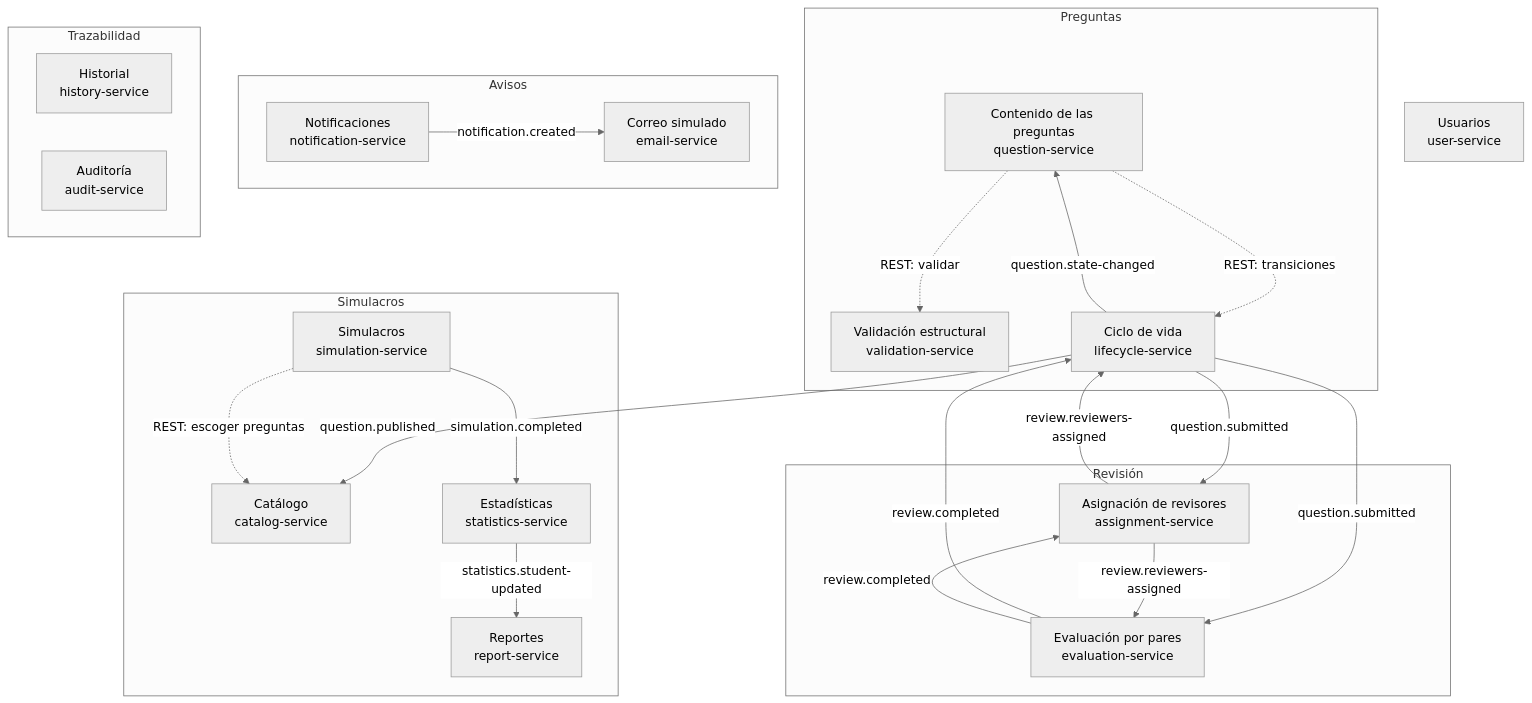
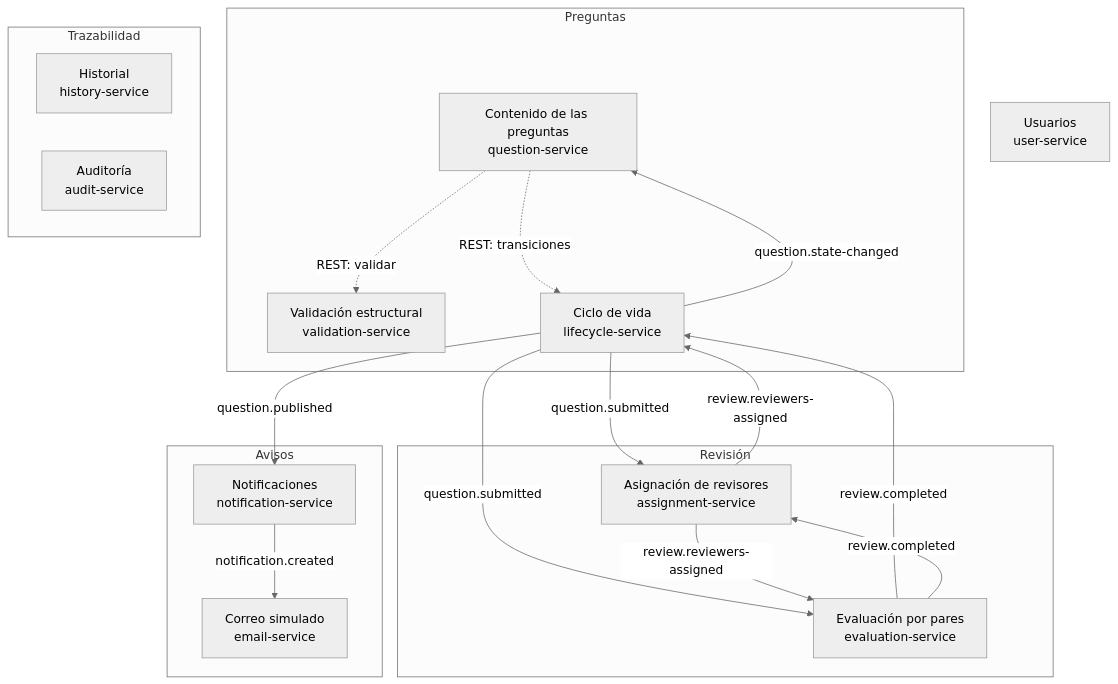
The first of 2 diagrams in docs/corte-2/02-contextos-y-eventos.md (DVLASZ/banco-preguntas-saberpro), drawn with Mermaid (neutral theme) before and after one commit. The commit also changed other lines of this file and 66 other files, not shown here.

````diff
--- a/docs/corte-2/02-contextos-y-eventos.md
+++ b/docs/corte-2/02-contextos-y-eventos.md
@@ -15,38 +9,29 @@
 ```mermaid
 flowchart TB
   subgraph Preguntas
     QS["Contenido de las preguntas<br/>question-service"]
     VS["Validación estructural<br/>validation-service"]
     LS["Ciclo de vida<br/>lifecycle-service"]
   end
   subgraph Revisión
     AS["Asignación de revisores<br/>assignment-service"]
     ES["Evaluación por pares<br/>evaluation-service"]
   end
   subgraph Avisos
     NS["Notificaciones<br/>notification-service"]
     EM["Correo simulado<br/>email-service"]
   end
   subgraph Trazabilidad
     HS["Historial<br/>history-service"]
     AU["Auditoría<br/>audit-service"]
   end
-  subgraph Simulacros
-    CS["Catálogo<br/>catalog-service"]
-    SIM["Simulacros<br/>simulation-service"]
-    ST["Estadísticas<br/>statistics-service"]
-    RP["Reportes<br/>report-service"]
-  end
   US["Usuarios<br/>user-service"]
   QS -. "REST: validar" .-> VS
   QS -. "REST: transiciones" .-> LS
   LS -- "question.submitted" --> AS & ES
   AS -- "review.reviewers-assigned" --> ES & LS
   ES -- "review.completed" --> LS & AS
   LS -- "question.state-changed" --> QS
-  LS -- "question.published" --> CS
-  SIM -. "REST: escoger preguntas" .-> CS
-  SIM -- "simulation.completed" --> ST
-  ST -- "statistics.student-updated" --> RP
+  LS -- "question.published" --> NS
   NS -- "notification.created" --> EM
 ```
````
